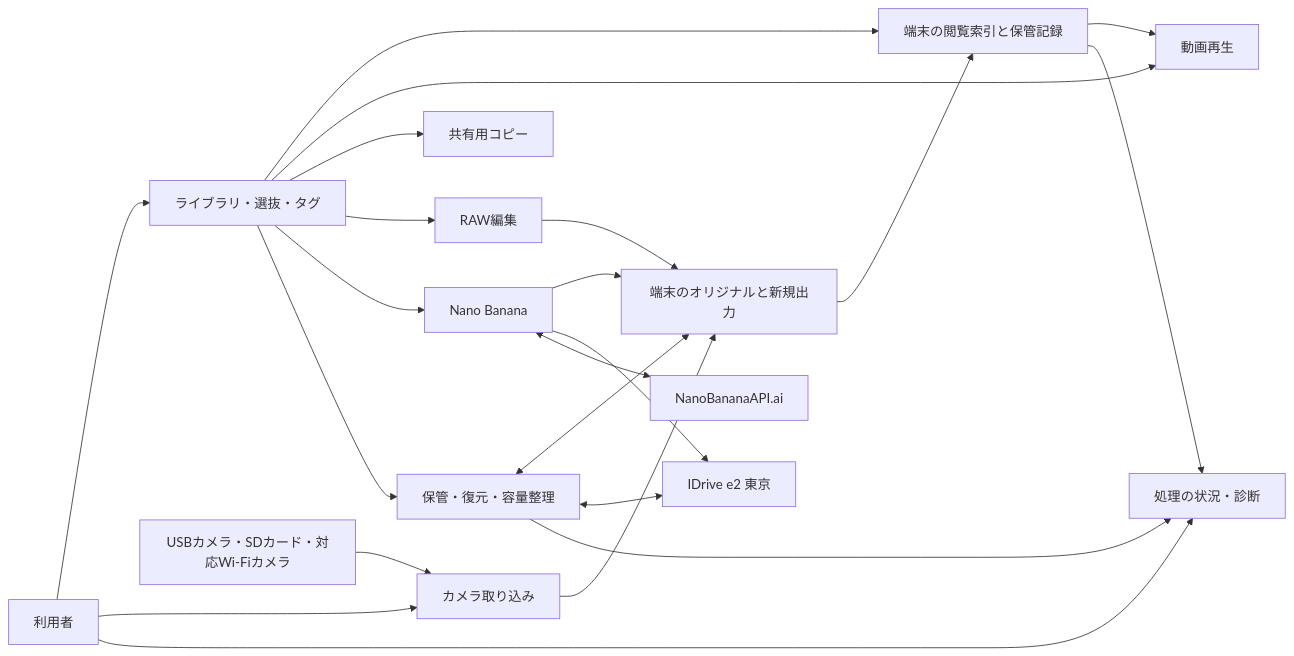
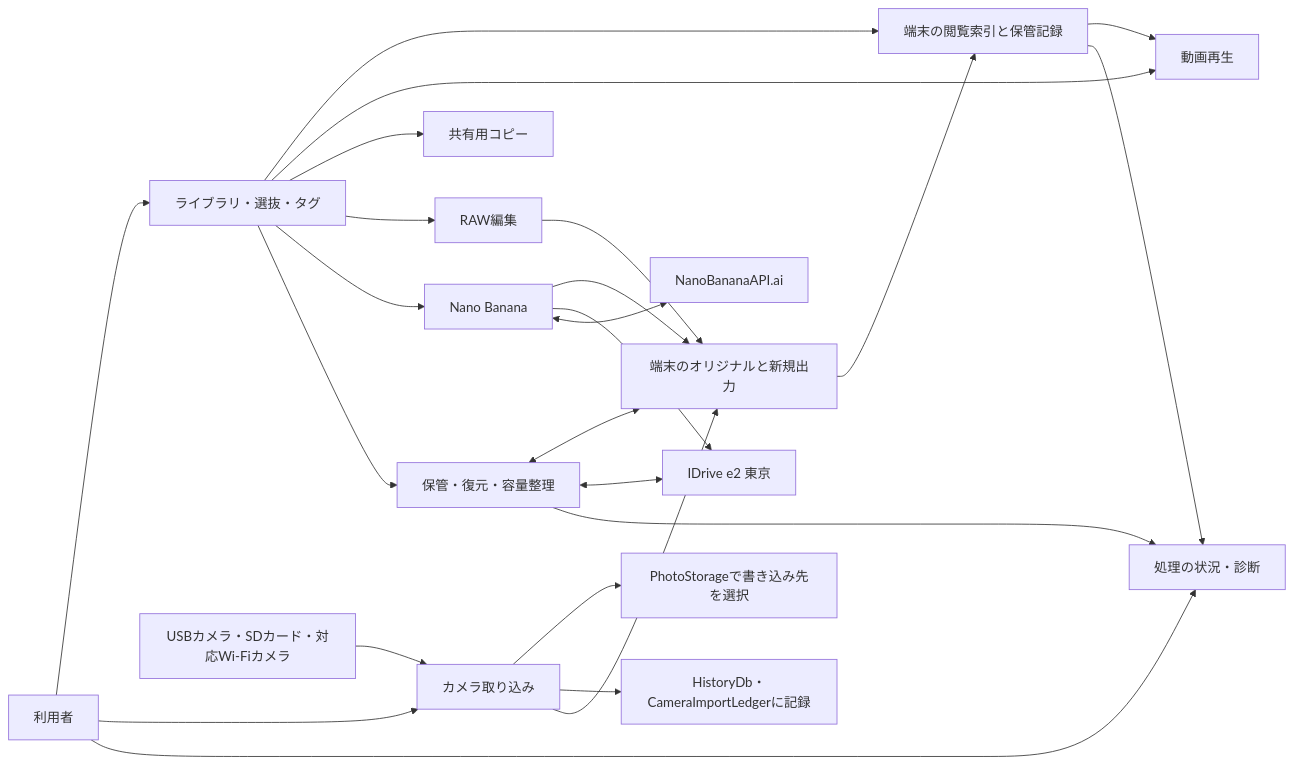
The first of 2 diagrams in docs/current-design.md (ktnyt/Loupe), drawn with Mermaid before and after one commit. The commit also changed other lines of this file, not shown here.

Commit message:
取り込み先と履歴の責務を現行設計で区別する
PhotoStorage、HistoryDb、CameraImportLedgerの境界を表・構成図で示す。Refs #207

````diff
--- a/docs/current-design.md
+++ b/docs/current-design.md
@@ -9,24 +9,26 @@
 ```mermaid
 flowchart LR
   User[利用者] --> Library[ライブラリ・選抜・タグ]
   User --> Import[カメラ取り込み]
   User --> Monitor[処理の状況・診断]
   Library --> Index[端末の閲覧索引と保管記録]
   Library --> Video[動画再生]
   Library --> Share[共有用コピー]
   Library --> Raw[RAW編集]
   Library --> Nano[Nano Banana]
   Library --> Backup[保管・復元・容量整理]
   Camera[USBカメラ・SDカード・対応Wi-Fiカメラ] --> Import
+  Import --> Target[PhotoStorageで書き込み先を選択]
+  Import --> History[HistoryDb・CameraImportLedgerに記録]
   Import --> Media[端末のオリジナルと新規出力]
   Media --> Index
   Index --> Video
   Raw --> Media
   Nano --> Media
   Backup <--> Media
   Backup <--> E2[IDrive e2 東京]
   Nano --> E2
   Nano <--> AI[NanoBananaAPI.ai]
   Backup --> Monitor
   Index --> Monitor
 ```
````
